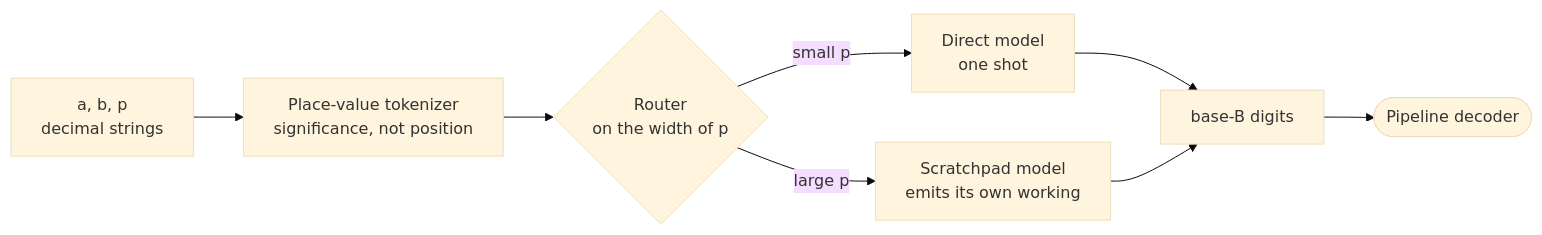
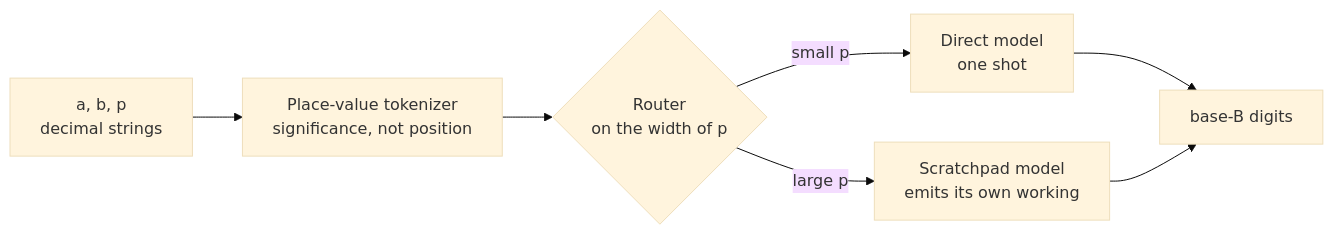
One commit to Amey-Thakur/SAIR-MODULAR-ARITHMETIC-CHALLENGE changed the second of 2 diagrams in README.md. Above: the diagram before and after it, drawn with Mermaid (base theme). The commit also changed other lines of this file and 5 other files, not shown here.

````diff
--- a/README.md
+++ b/README.md
@@ -115,10 +134,9 @@
 ```mermaid
 flowchart LR
     I["a, b, p<br>decimal strings"] --> T["Place-value tokenizer<br>significance, not position"]
     T --> R{"Router<br>on the width of p"}
-    R -->|"small p"| D["Direct model<br>one shot"]
-    R -->|"large p"| S["Scratchpad model<br>emits its own working"]
-    D --> O["base-B digits"]
-    S --> O
-    O --> P(["Pipeline decoder"])
+    R -->|"small p"| DM["Direct model<br>one shot"]
+    R -->|"large p"| SM["Scratchpad model<br>emits its own working"]
+    DM --> O["base-B digits"]
+    SM --> O
 ```
````
